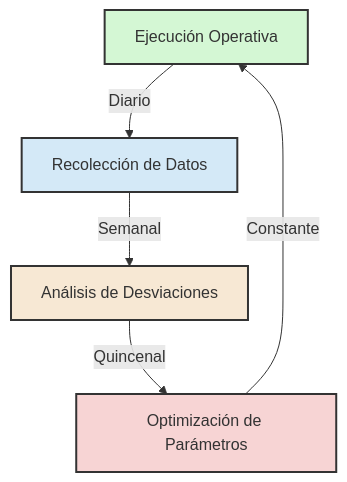
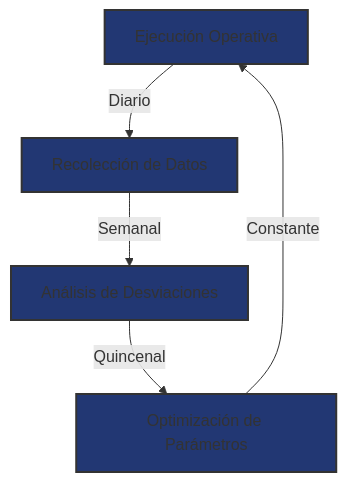
Before and after one commit to CryptoPlazaHQ/CryptoPlaza: the fifth of 6 diagrams in Plan_Financiero.md, drawn with Mermaid.

````diff
--- a/Plan_Financiero.md
+++ b/Plan_Financiero.md
@@ -193,11 +193,11 @@
 ```mermaid
 graph TD
     A[Ejecución Operativa] -->|Diario| B[Recolección de Datos]
     B -->|Semanal| C[Análisis de Desviaciones]
     C -->|Quincenal| D[Optimización de Parámetros]
     D -->|Constante| A
-    style A fill:#d4f7d4,stroke:#333,stroke-width:2px
-    style B fill:#d4e9f7,stroke:#333,stroke-width:2px
-    style C fill:#f7e8d4,stroke:#333,stroke-width:2px
-    style D fill:#f7d4d4,stroke:#333,stroke-width:2px
+    style A fill:#223773,stroke:#333,stroke-width:2px
+    style B fill:#223773,stroke:#333,stroke-width:2px
+    style C fill:#223773,stroke:#333,stroke-width:2px
+    style D fill:#223773,stroke:#333,stroke-width:2px
 ```
````
